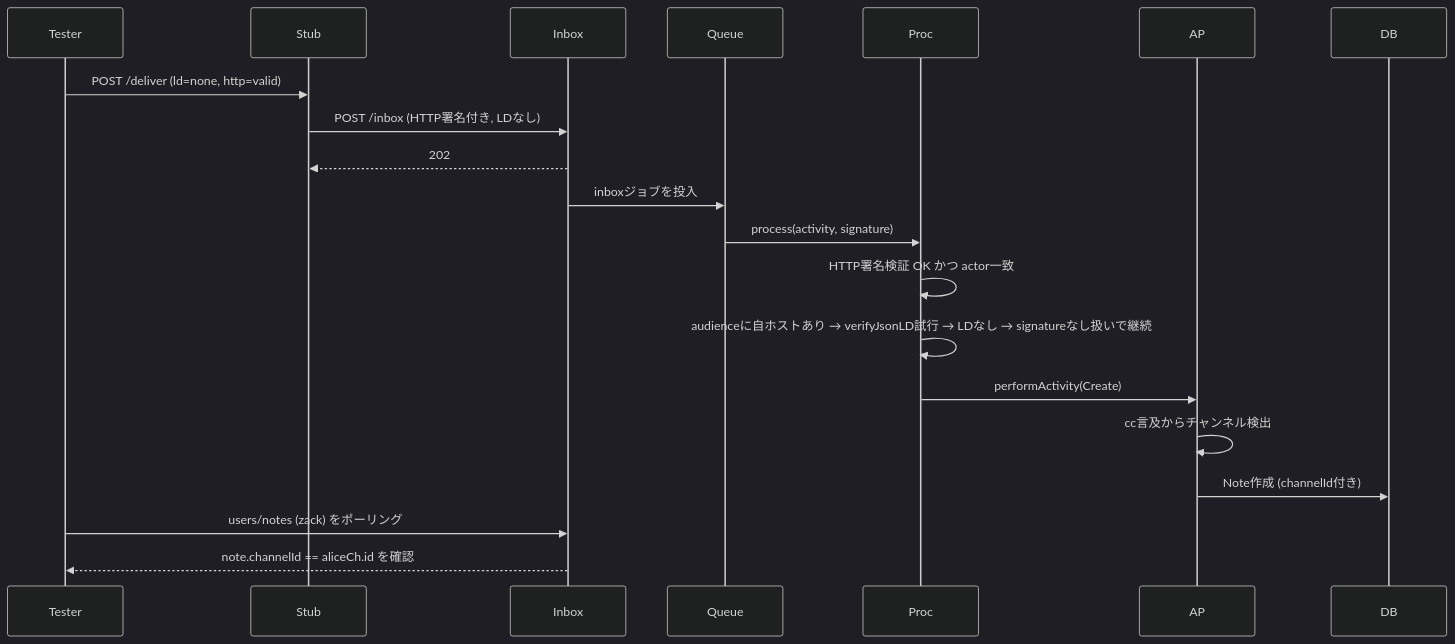
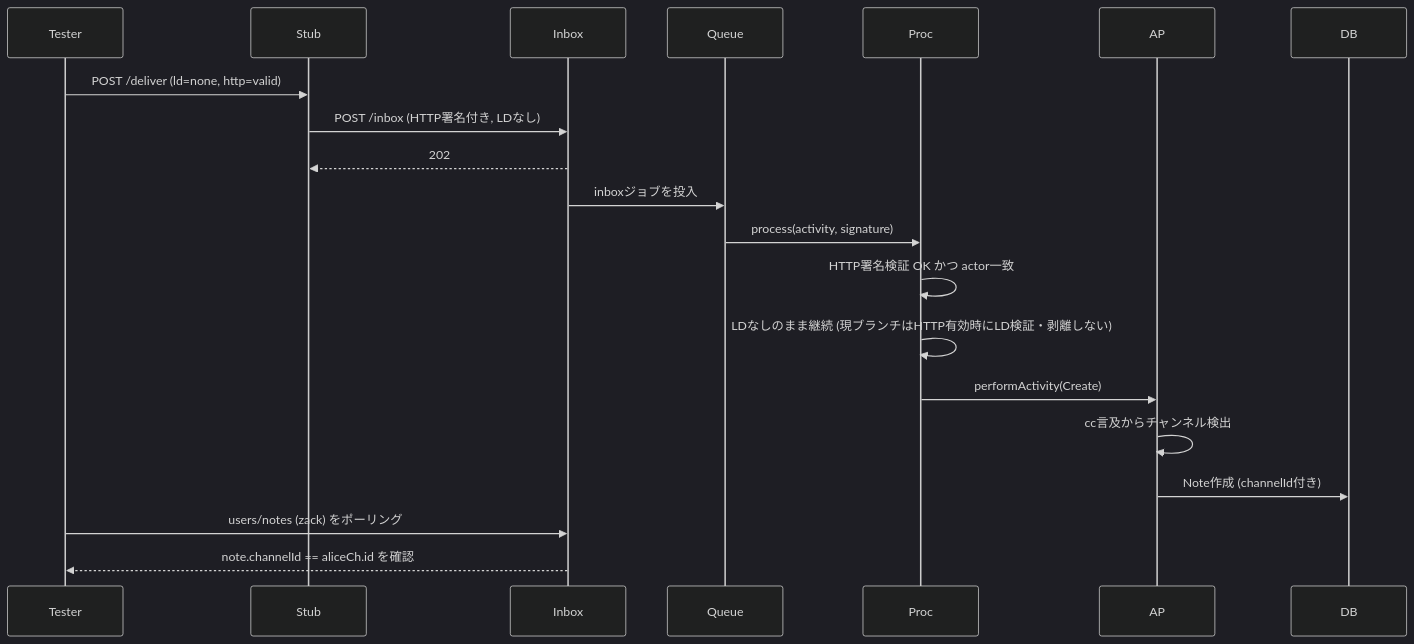
The first of 20 diagrams in packages/backend/test-federation/test/json-ld-channel.sequence.md (4ster1sk/cherrypick), drawn with Mermaid (dark theme) before and after one commit. The commit also changed other lines of this file and 3 other files, not shown here.

````diff
--- a/packages/backend/test-federation/test/json-ld-channel.sequence.md
+++ b/packages/backend/test-federation/test/json-ld-channel.sequence.md
@@ -11,15 +11,15 @@
 ```mermaid
 sequenceDiagram
     Tester->>Stub: POST /deliver (ld=none, http=valid)
     Stub->>Inbox: POST /inbox (HTTP署名付き, LDなし)
     Inbox-->>Stub: 202
     Inbox->>Queue: inboxジョブを投入
     Queue->>Proc: process(activity, signature)
     Proc->>Proc: HTTP署名検証 OK かつ actor一致
-    Proc->>Proc: audienceに自ホストあり → verifyJsonLD試行 → LDなし → signatureなし扱いで継続
+    Proc->>Proc: LDなしのまま継続 (現ブランチはHTTP有効時にLD検証・剥離しない)
     Proc->>AP: performActivity(Create)
     AP->>AP: cc言及からチャンネル検出
     AP->>DB: Note作成 (channelId付き)
     Tester->>Inbox: users/notes (zack) をポーリング
     Inbox-->>Tester: note.channelId == aliceCh.id を確認
 ```
````
